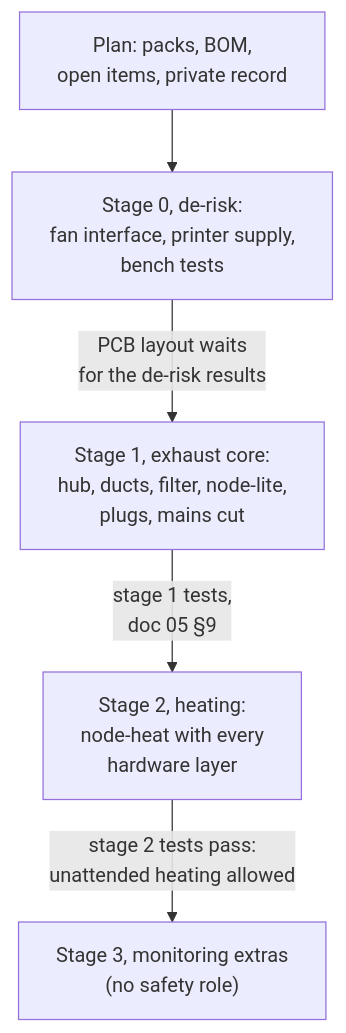
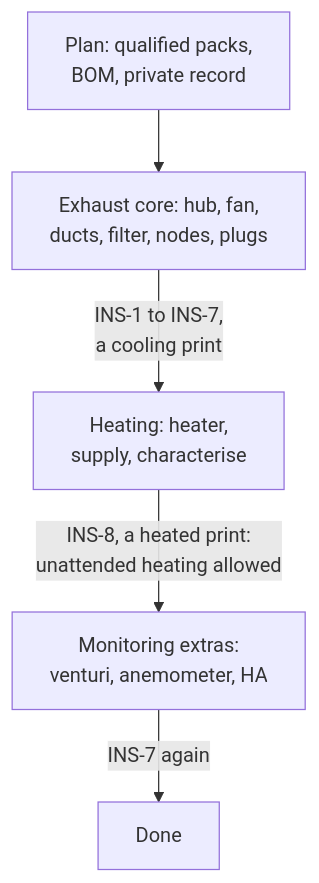
One commit to BashfulBits/3dp-fleet-exhaust changed the diagram in docs/13_build_your_own.md. Above: the diagram before and after it, drawn with Mermaid. The commit also changed other lines of this file and 57 other files, not shown here.

First line of the commit message:
D104/D105: split commissioning into validation, qualification, installation; fan packs

````diff
--- a/docs/13_build_your_own.md
+++ b/docs/13_build_your_own.md
@@ -22,7 +22,7 @@
 ```mermaid
 flowchart TD
-  P["Plan: packs, BOM,<br>open items, private record"] --> S0["Stage 0, de-risk:<br>fan interface, printer supply,<br>bench tests"]
-  S0 -->|"PCB layout waits<br>for the de-risk results"| S1["Stage 1, exhaust core:<br>hub, ducts, filter, node-lite,<br>plugs, mains cut"]
-  S1 -->|"stage 1 tests,<br>doc 05 §9"| S2["Stage 2, heating:<br>node-heat with every<br>hardware layer"]
-  S2 -->|"stage 2 tests pass:<br>unattended heating allowed"| S3["Stage 3, monitoring extras<br>(no safety role)"]
+  P["Plan: qualified packs,<br>BOM, private record"] --> S1["Exhaust core: hub, fan,<br>ducts, filter, nodes, plugs"]
+  S1 -->|"INS-1 to INS-7,<br>a cooling print"| S2["Heating: heater,<br>supply, characterise"]
+  S2 -->|"INS-8, a heated print:<br>unattended heating allowed"| S3["Monitoring extras:<br>venturi, anemometer, HA"]
+  S3 -->|"INS-7 again"| D["Done"]
 ```
````
